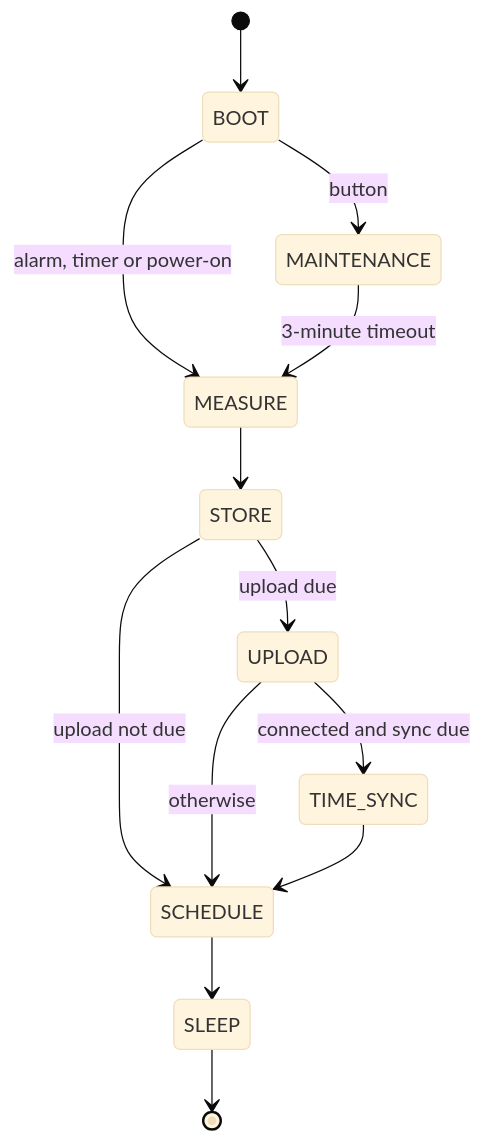
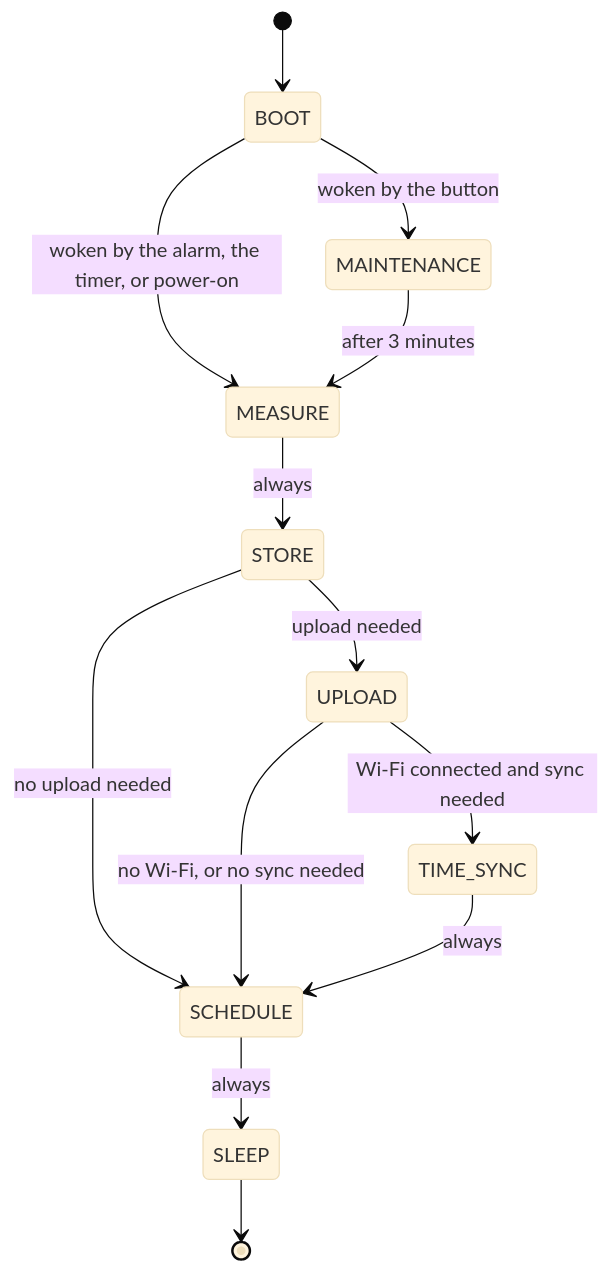
The first of 3 diagrams in docs/chapters/Architecture/Phase-04/00-design.qmd (wg1d/personal-autonomous-weather-station), drawn with Mermaid (base theme) before and after one commit. The commit also changed other lines of this file and 1 other file, not shown here.

First line of the commit message:
docs(arch): rework the design chapter after review

````diff
--- a/docs/chapters/Architecture/Phase-04/00-design.qmd
+++ b/docs/chapters/Architecture/Phase-04/00-design.qmd
@@ -89,15 +96,15 @@
 ```{mermaid}
 stateDiagram-v2
     [*] --> BOOT
-    BOOT --> MAINTENANCE : button
-    BOOT --> MEASURE : alarm, timer or power-on
-    MAINTENANCE --> MEASURE : 3-minute timeout
-    MEASURE --> STORE
-    STORE --> UPLOAD : upload due
-    STORE --> SCHEDULE : upload not due
-    UPLOAD --> TIME_SYNC : connected and sync due
-    UPLOAD --> SCHEDULE : otherwise
-    TIME_SYNC --> SCHEDULE
-    SCHEDULE --> SLEEP
+    BOOT --> MAINTENANCE : woken by the button
+    BOOT --> MEASURE : woken by the alarm, the timer, or power-on
+    MAINTENANCE --> MEASURE : after 3 minutes
+    MEASURE --> STORE : always
+    STORE --> UPLOAD : upload needed
+    STORE --> SCHEDULE : no upload needed
+    UPLOAD --> TIME_SYNC : Wi-Fi connected and sync needed
+    UPLOAD --> SCHEDULE : no Wi-Fi, or no sync needed
+    TIME_SYNC --> SCHEDULE : always
+    SCHEDULE --> SLEEP : always
     SLEEP --> [*]
 ```
````
